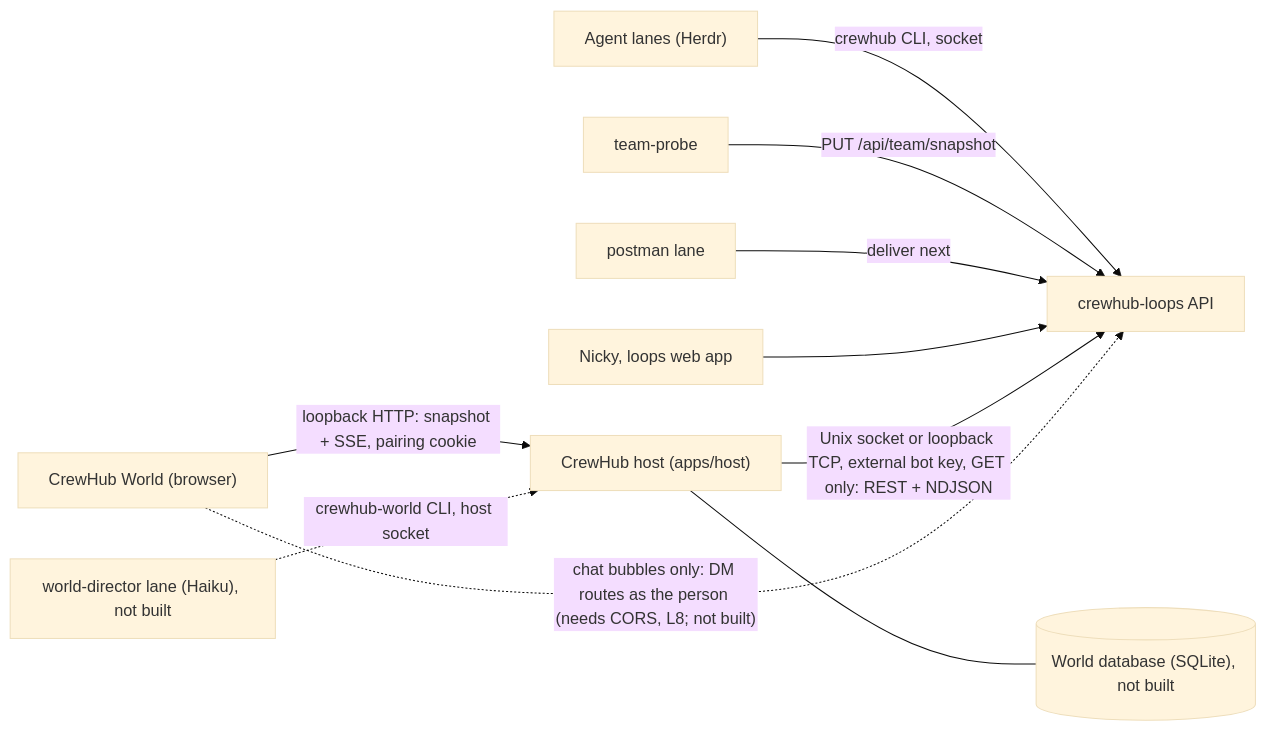
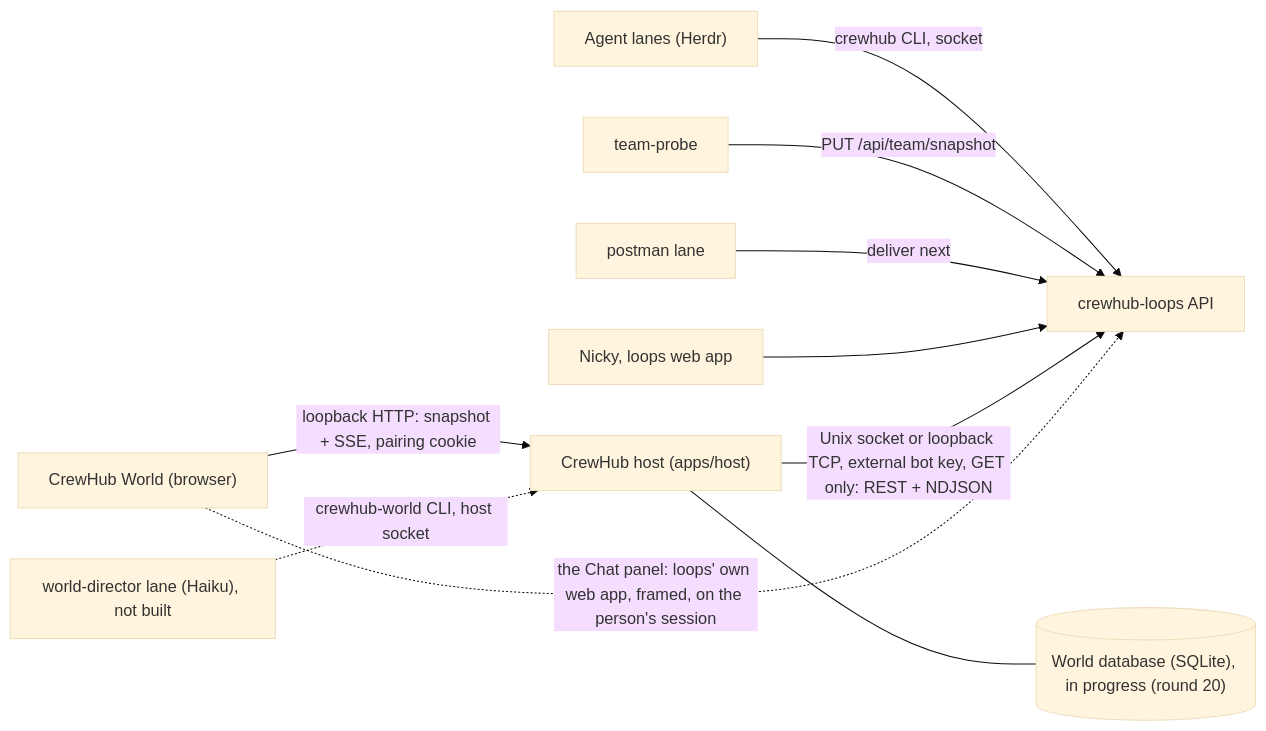
The diagram in docs/ARCHITECTURE.md (EKINSOL-DEV/crewhub2), drawn with Mermaid (base theme) before and after one commit. The commit also changed other lines of this file and 8 other files, not shown here.

````diff
--- a/docs/ARCHITECTURE.md
+++ b/docs/ARCHITECTURE.md
@@ -20,12 +21,12 @@
 ```mermaid
 flowchart LR
   Agents["Agent lanes (Herdr)"] -- "crewhub CLI, socket" --> Loops["crewhub-loops API"]
   Probe["team-probe"] -- "PUT /api/team/snapshot" --> Loops
   Postman["postman lane"] -- "deliver next" --> Loops
   People["Nicky, loops web app"] --> Loops
   Host["CrewHub host (apps/host)"] -- "Unix socket or loopback TCP, external bot key, GET only: REST + NDJSON" --> Loops
-  Host --- DB[("World database (SQLite), not built")]
+  Host --- DB[("World database (SQLite), in progress (round 20)")]
   Browser["CrewHub World (browser)"] -- "loopback HTTP: snapshot + SSE, pairing cookie" --> Host
-  Browser -. "chat bubbles only: DM routes as the person (needs CORS, L8; not built)" .-> Loops
+  Browser -. "the Chat panel: loops' own web app, framed, on the person's session" .-> Loops
   Director["world-director lane (Haiku), not built"] -. "crewhub-world CLI, host socket" .-> Host
 ```
````
